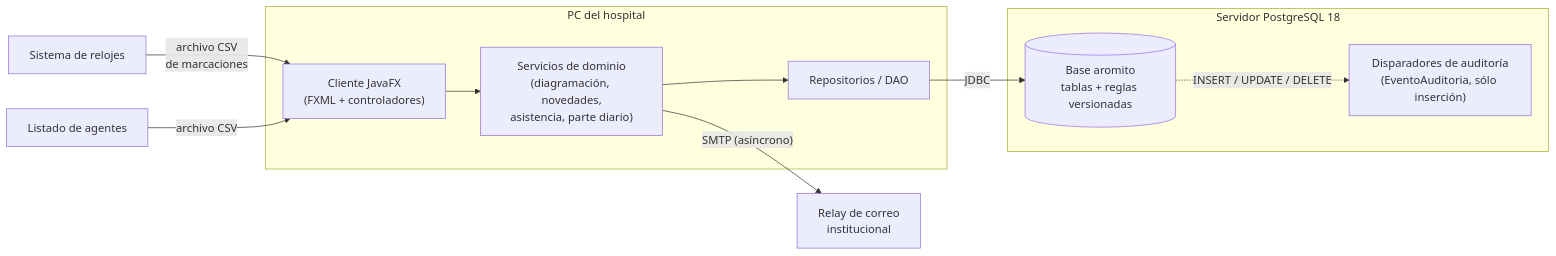
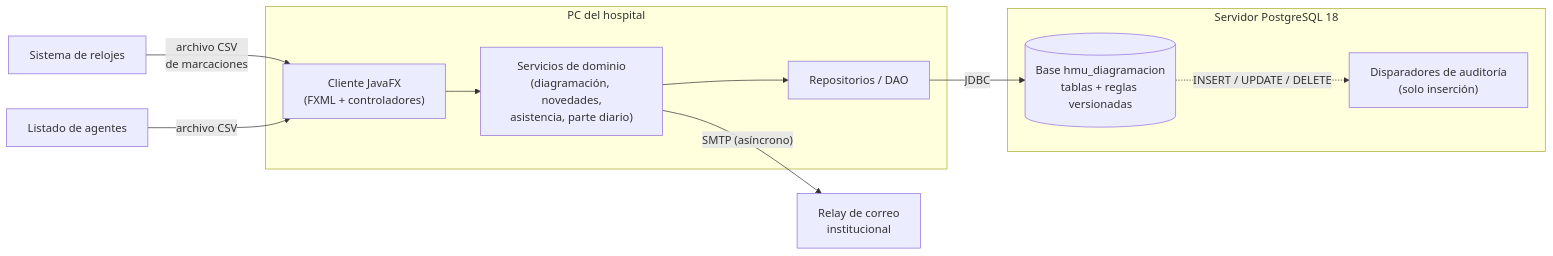
Before and after one commit to linkstat/hmu-diagramacion: the diagram in README.md, drawn with Mermaid. The commit also changed other lines of this file and 20 other files, not shown here.

````diff
--- a/README.md
+++ b/README.md
@@ -90,20 +104,20 @@
 ```mermaid
 flowchart LR
     subgraph PC["PC del hospital"]
         UI["Cliente JavaFX<br/>(FXML + controladores)"]
         SVC["Servicios de dominio<br/>(diagramación, novedades,<br/>asistencia, parte diario)"]
         REPO["Repositorios / DAO"]
         UI --> SVC --> REPO
     end
 
     subgraph BD["Servidor PostgreSQL 18"]
-        TAB[("Base aromito<br/>tablas + reglas versionadas")]
-        TRG["Disparadores de auditoría<br/>(EventoAuditoria, sólo inserción)"]
+        TAB[("Base hmu_diagramacion<br/>tablas + reglas versionadas")]
+        TRG["Disparadores de auditoría<br/>(solo inserción)"]
         TAB -. "INSERT / UPDATE / DELETE" .-> TRG
     end
 
     REPO -- "JDBC" --> TAB
     SVC -- "SMTP (asíncrono)" --> MAIL["Relay de correo<br/>institucional"]
     RELOJ["Sistema de relojes"] -- "archivo CSV<br/>de marcaciones" --> UI
     PADRON["Listado de agentes"] -- "archivo CSV" --> UI
 ```
````
